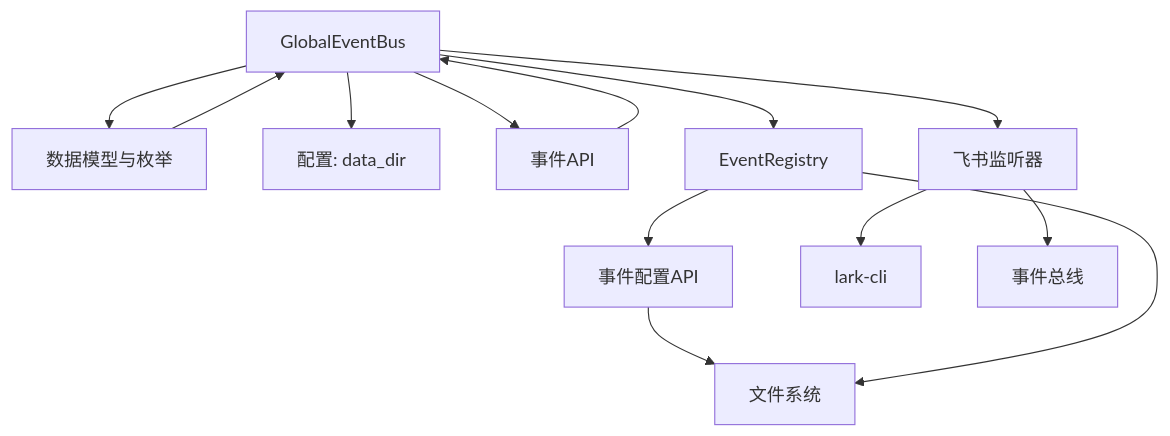
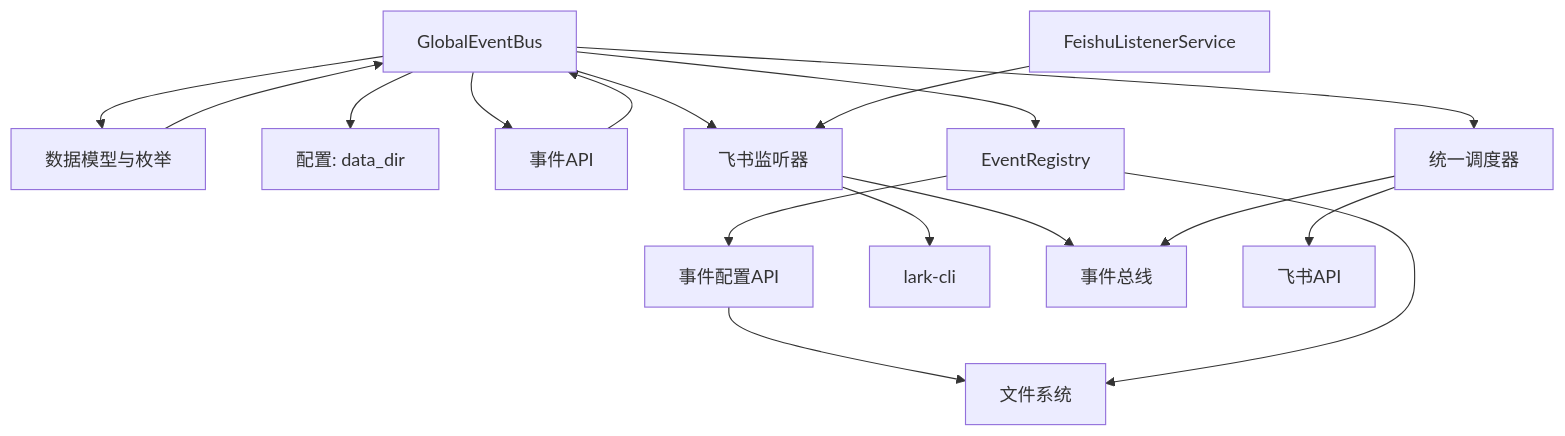
One commit to angledick/- changed diagram 12 of 12 in .qoder/repowiki/zh/content/系统架构/事件驱动系统/事件总线核心.md. Above: the diagram before and after it, drawn with Mermaid. The commit also changed other lines of this file and 9 other files, not shown here.

````diff
--- a/.qoder/repowiki/zh/content/系统架构/事件驱动系统/事件总线核心.md
+++ b/.qoder/repowiki/zh/content/系统架构/事件驱动系统/事件总线核心.md
@@ -610,15 +689,19 @@
 ```mermaid
 graph TB
 EB["GlobalEventBus"] --> Schemas["数据模型与枚举"]
 EB --> Settings["配置: data_dir"]
 EB --> API["事件API"]
 EB --> Registry["EventRegistry"]
 EB --> FeishuListener["飞书监听器"]
+EB --> UnifiedDispatcher["统一调度器"]
 Registry --> ConfigAPI["事件配置API"]
 ConfigAPI --> FileSystem["文件系统"]
 FeishuListener --> LarkCLI["lark-cli"]
 FeishuListener --> Bus["事件总线"]
+FeishuListenerService --> FeishuListener
+UnifiedDispatcher --> Bus
+UnifiedDispatcher --> FeishuAPI["飞书API"]
 API --> EB
 Schemas --> EB
 Registry --> FileSystem
 ```
````
